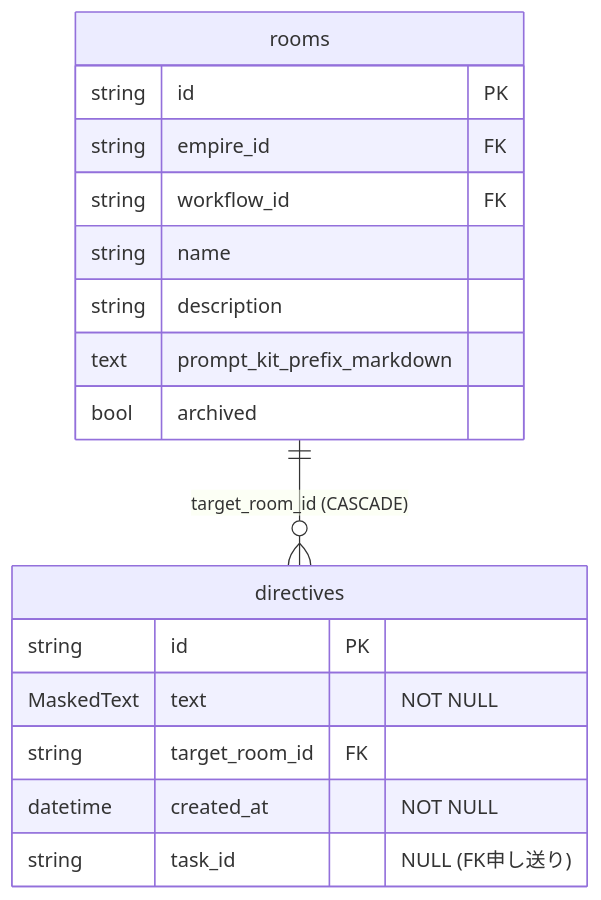
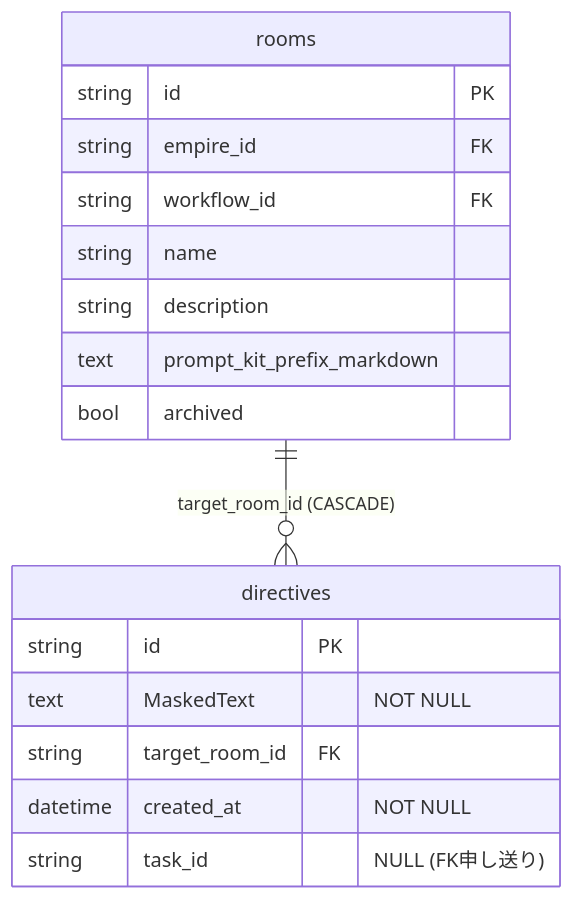
One commit to bakufu-dev/bakufu changed the third of 3 diagrams in docs/features/directive-repository/basic-design.md. Above: the diagram before and after it, drawn with Mermaid. The commit also changed other lines of this file and 3 other files, not shown here.

````diff
--- a/docs/features/directive-repository/basic-design.md
+++ b/docs/features/directive-repository/basic-design.md
@@ -237,22 +228,22 @@
 ```mermaid
 erDiagram
     rooms ||--o{ directives : "target_room_id (CASCADE)"
 
     rooms {
         string id PK
         string empire_id FK
         string workflow_id FK
         string name
         string description
         text prompt_kit_prefix_markdown
         bool archived
     }
 
     directives {
         string id PK
-        MaskedText text "NOT NULL"
+        text MaskedText "NOT NULL"
         string target_room_id FK
         datetime created_at "NOT NULL"
         string task_id "NULL (FK申し送り)"
     }
 ```
````
